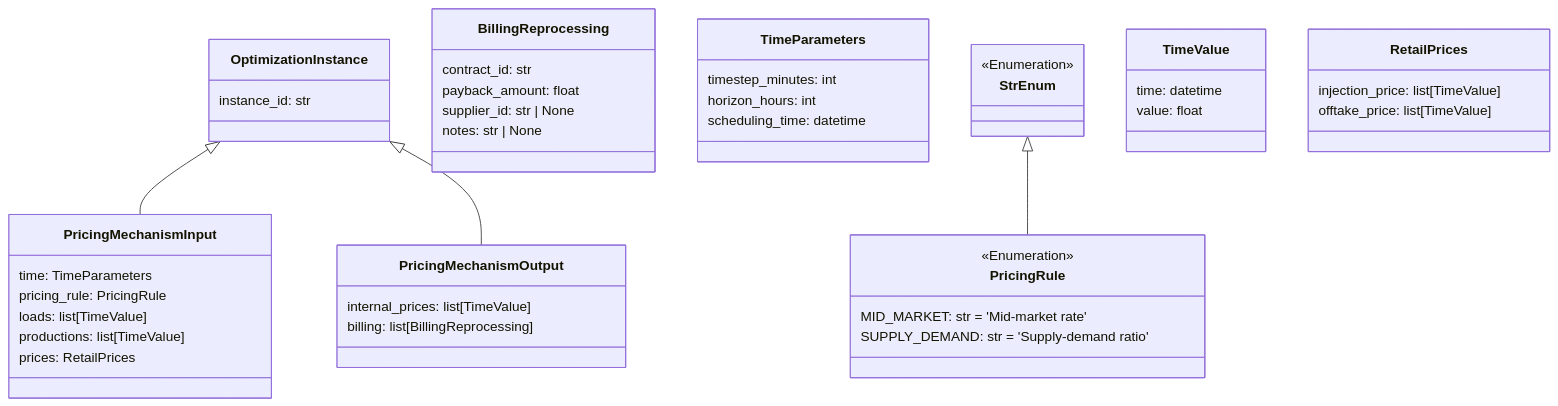
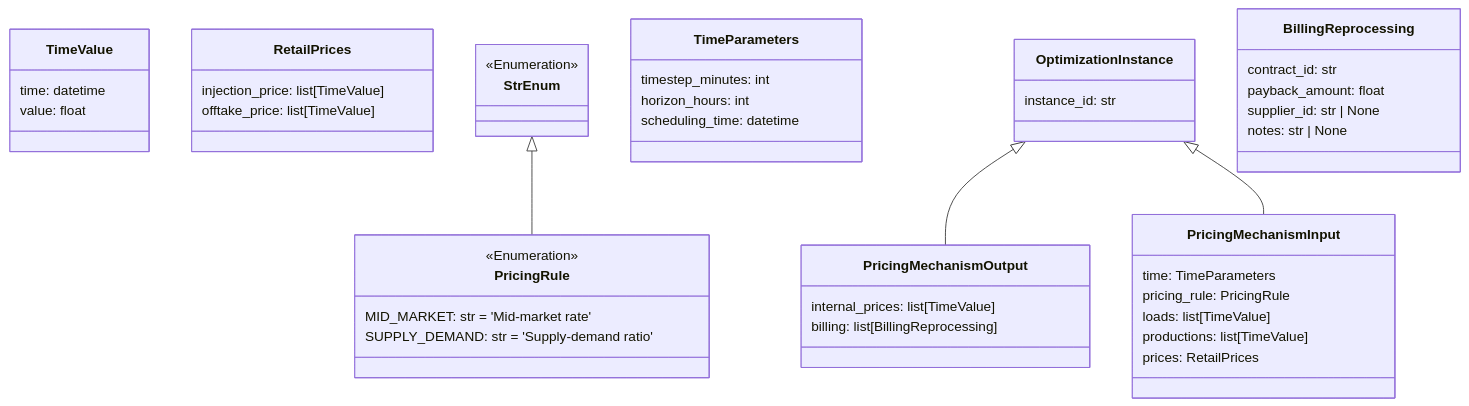
The diagram in doc/mermaid_charts/pricing_mechanism_dto.md (U2DemoProject/AlgorithmDTOsWP4T1), drawn with Mermaid before and after one commit. The commit also changed other lines of this file and 9 other files, not shown here.

````diff
--- a/doc/mermaid_charts/pricing_mechanism_dto.md
+++ b/doc/mermaid_charts/pricing_mechanism_dto.md
@@ -1,59 +1,59 @@
 ```mermaid
 classDiagram
-
-    class OptimizationInstance {
-        instance_id: str
-    }
-
-    class PricingMechanismOutput {
-        internal_prices: list[TimeValue]
-        billing: list[BillingReprocessing]
-    }
-
-    class PricingMechanismInput {
-        time: TimeParameters
-        pricing_rule: PricingRule
-        loads: list[TimeValue]
-        productions: list[TimeValue]
-        prices: RetailPrices
-    }
-
-    class BillingReprocessing {
-        contract_id: str
-        payback_amount: float
-        supplier_id: str | None
-        notes: str | None
-    }
-
-    class TimeParameters {
-        timestep_minutes: int
-        horizon_hours: int
-        scheduling_time: datetime
-    }
-
-    class PricingRule {
-        <<Enumeration>>
-        MID_MARKET: str = 'Mid-market rate'
-        SUPPLY_DEMAND: str = 'Supply-demand ratio'
-    }
-
-    class StrEnum {
-        <<Enumeration>>
-    }
 
     class TimeValue {
         time: datetime
         value: float
     }
 
     class RetailPrices {
         injection_price: list[TimeValue]
         offtake_price: list[TimeValue]
     }
 
+    class PricingMechanismOutput {
+        internal_prices: list[TimeValue]
+        billing: list[BillingReprocessing]
+    }
+
+    class StrEnum {
+        <<Enumeration>>
+    }
+
+    class TimeParameters {
+        timestep_minutes: int
+        horizon_hours: int
+        scheduling_time: datetime
+    }
+
+    class PricingMechanismInput {
+        time: TimeParameters
+        pricing_rule: PricingRule
+        loads: list[TimeValue]
+        productions: list[TimeValue]
+        prices: RetailPrices
+    }
+
+    class OptimizationInstance {
+        instance_id: str
+    }
+
+    class PricingRule {
+        <<Enumeration>>
+        MID_MARKET: str = 'Mid-market rate'
+        SUPPLY_DEMAND: str = 'Supply-demand ratio'
+    }
+
+    class BillingReprocessing {
+        contract_id: str
+        payback_amount: float
+        supplier_id: str | None
+        notes: str | None
+    }
+
 
     StrEnum <|-- PricingRule
+    OptimizationInstance <|-- PricingMechanismOutput
     OptimizationInstance <|-- PricingMechanismInput
-    OptimizationInstance <|-- PricingMechanismOutput
 
 ```
````
